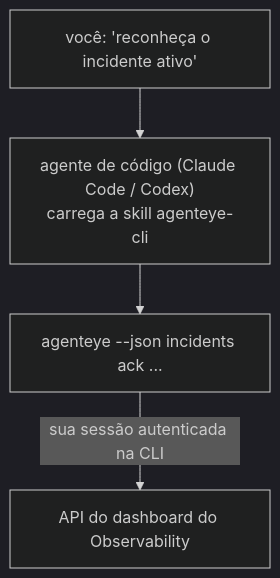
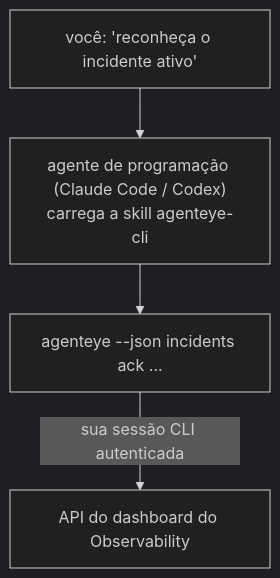
Before and after one commit to GongYuanCaiJi/failproofai: the diagram in docs/pt-br/agenteye/cli-skill.mdx, drawn with Mermaid (dark theme). The commit also changed other lines of this file and 364 other files, not shown here.

````diff
--- a/docs/pt-br/agenteye/cli-skill.mdx
+++ b/docs/pt-br/agenteye/cli-skill.mdx
@@ -26,6 +28,6 @@
 ```mermaid
 flowchart TD
-    YOU["você: 'reconheça o incidente ativo'"] --> AGENT["agente de código (Claude Code / Codex)<br/>carrega a skill agenteye-cli"]
+    YOU["você: 'reconheça o incidente ativo'"] --> AGENT["agente de programação (Claude Code / Codex)<br/>carrega a skill agenteye-cli"]
     AGENT --> CLI["agenteye --json incidents ack ..."]
-    CLI -->|sua sessão autenticada na CLI| API["API do dashboard do Observability"]
+    CLI -->|sua sessão CLI autenticada| API["API do dashboard do Observability"]
 ```
````
